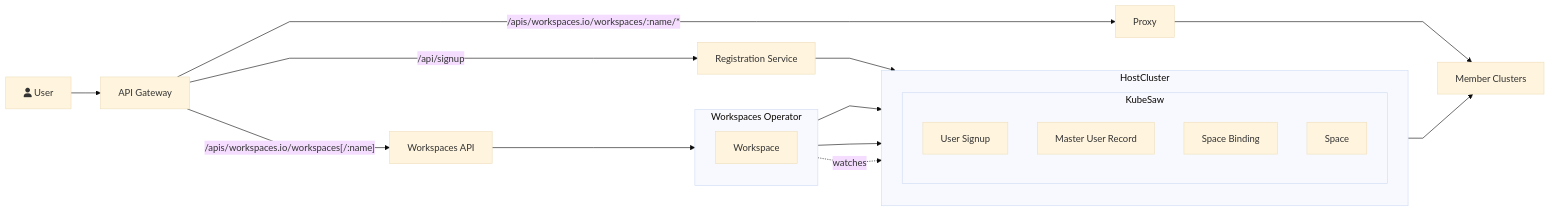
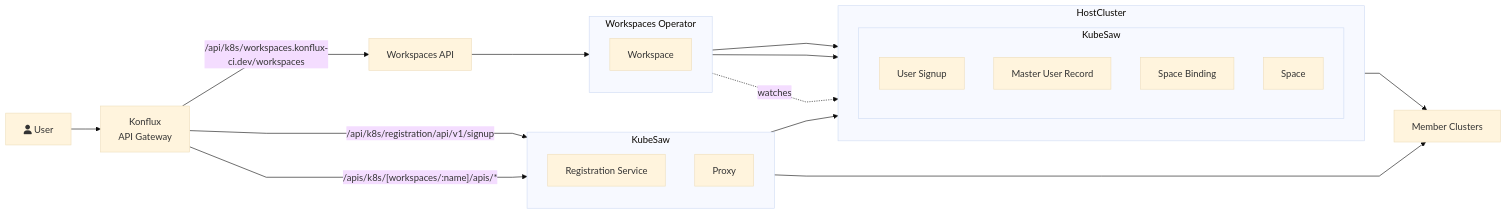
One commit to konflux-workspaces/workspaces changed the diagram in doc/design/architecture/architecture.mmd. Above: the diagram before and after it, drawn with Mermaid (base theme). The commit also changed 5 other files, not shown here.

```diff
--- a/doc/design/architecture/architecture.mmd
+++ b/doc/design/architecture/architecture.mmd
@@ -1,44 +1,47 @@
 flowchart LR
 
   U["fa:fa-user User"]
+  AG["Konflux 
+  API Gateway"]
+  WA["Workspaces API"]
+  MC["Member Clusters"]
 
-  AG["API Gateway"]
-  RS["Registration Service"]
-  P["Proxy"]
-  WA["Workspaces API"]
-
-  MC["Member Clusters"]
+  subgraph KS["KubeSaw"]
+    direction TB
+    RS["Registration Service"]
+    P["Proxy"]
+  end
 
   subgraph WO["Workspaces Operator"]
     direction TB
     W["Workspace"]
   end
-
 
   subgraph HostCluster
     direction TB
     subgraph KubeSaw
       direction TB
       US["User Signup"]
       MUR["Master User Record"]
       SB["Space Binding"]
       S["Space"]
     end
   end
 
+
   U --> AG
-  AG -- "/api/signup" --> RS
-  AG -- "/apis/workspaces.io/workspaces/:name/*" --> P
-  AG -- "/apis/workspaces.io/workspaces[/:name]" --> WA
+  AG -- "/api/k8s/registration/api/v1/signup" --> RS
+  AG -- "/api/k8s/workspaces.konflux-ci.dev/workspaces" --> WA
+  AG -- "/apis/k8s/[workspaces/:name]/apis/*" --> P
 
   RS --> US
   WO --> S
   WO --> SB
   WO -. "watches" .-> US
 
   WA --> W
 
   P --> MC
   KubeSaw --> MC
   
 %%{init: {'flowchart': {'curve': 'linear'}}}%%
```
